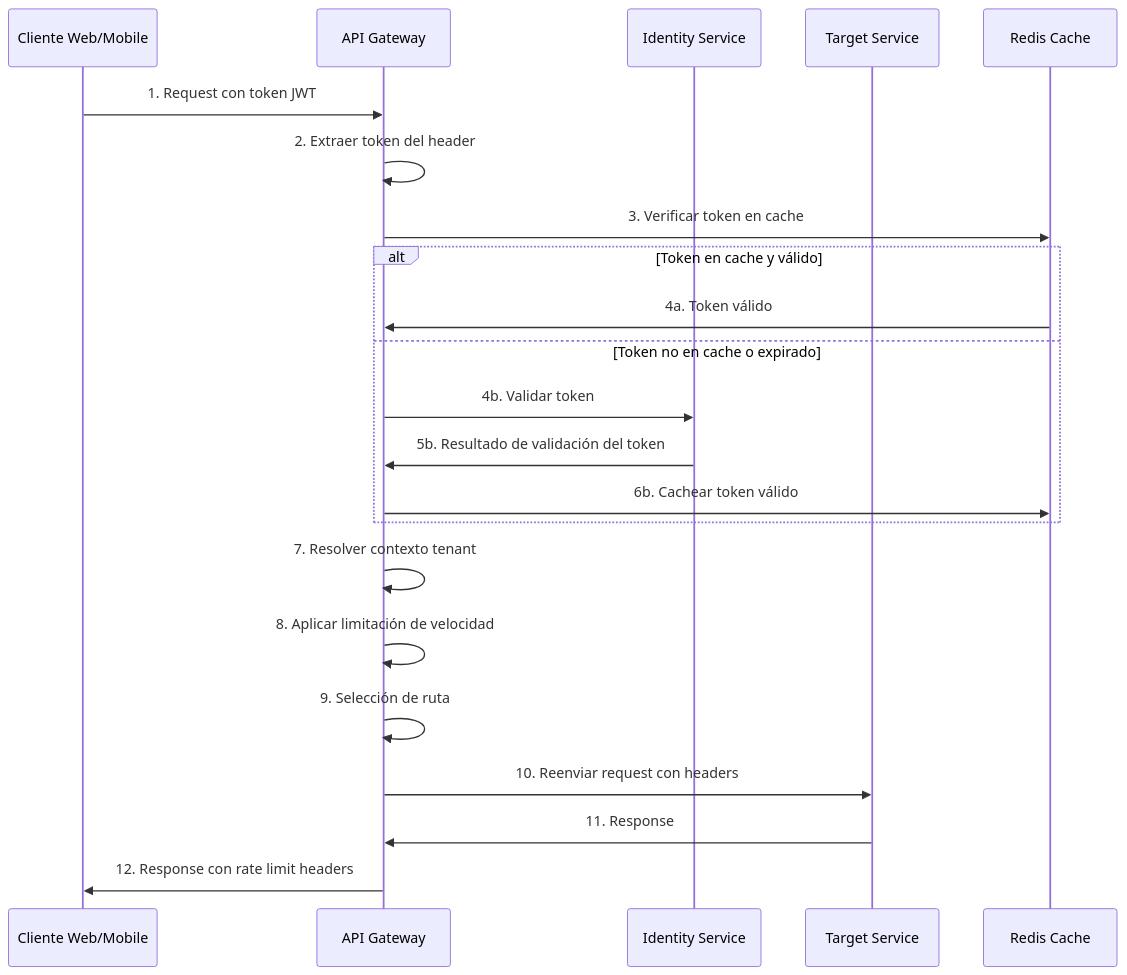
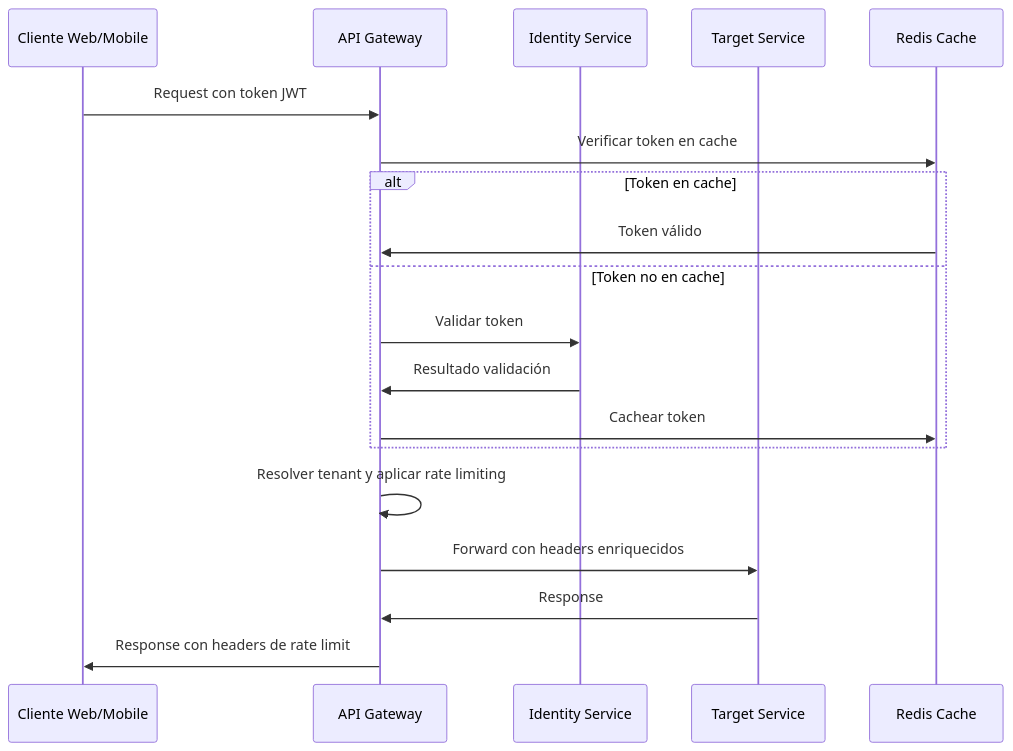
One commit to jclemente-tlm/tlm-arq-servicios-corporativos changed the first of 6 diagrams in docs/api-gateway/06-vista-tiempo-ejecucion.md. Above: the diagram before and after it, drawn with Mermaid. The commit also changed other lines of this file and 52 other files, not shown here.

````diff
--- a/docs/api-gateway/06-vista-tiempo-ejecucion.md
+++ b/docs/api-gateway/06-vista-tiempo-ejecucion.md
@@ -39,27 +26,21 @@
 ```mermaid
 sequenceDiagram
     participant Client as Cliente Web/Mobile
     participant Gateway as API Gateway
     participant Auth as Identity Service
     participant Service as Target Service
     participant Redis as Redis Cache
-
-    Client->>Gateway: 1. Request con token JWT
-    Gateway->>Gateway: 2. Extraer token del header
-    Gateway->>Redis: 3. Verificar token en cache
-
-    alt Token en cache y válido
-        Redis->>Gateway: 4a. Token válido
-    else Token no en cache o expirado
-        Gateway->>Auth: 4b. Validar token
-        Auth->>Gateway: 5b. Resultado de validación del token
-        Gateway->>Redis: 6b. Cachear token válido
+    Client->>Gateway: Request con token JWT
+    Gateway->>Redis: Verificar token en cache
+    alt Token en cache
+        Redis->>Gateway: Token válido
+    else Token no en cache
+        Gateway->>Auth: Validar token
+        Auth->>Gateway: Resultado validación
+        Gateway->>Redis: Cachear token
     end
-
-    Gateway->>Gateway: 7. Resolver contexto tenant
-    Gateway->>Gateway: 8. Aplicar limitación de velocidad
-    Gateway->>Gateway: 9. Selección de ruta
-    Gateway->>Service: 10. Reenviar request con headers
-    Service->>Gateway: 11. Response
-    Gateway->>Client: 12. Response con rate limit headers
+    Gateway->>Gateway: Resolver tenant y aplicar rate limiting
+    Gateway->>Service: Forward con headers enriquecidos
+    Service->>Gateway: Response
+    Gateway->>Client: Response con headers de rate limit
 ```
````
